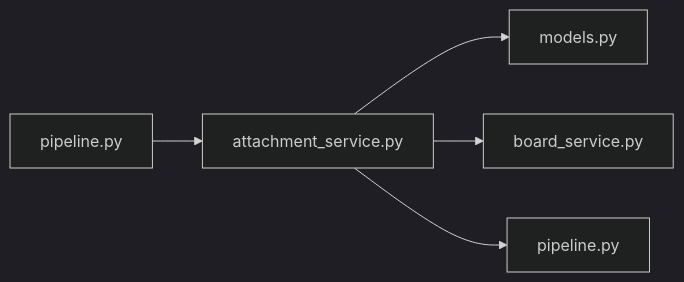
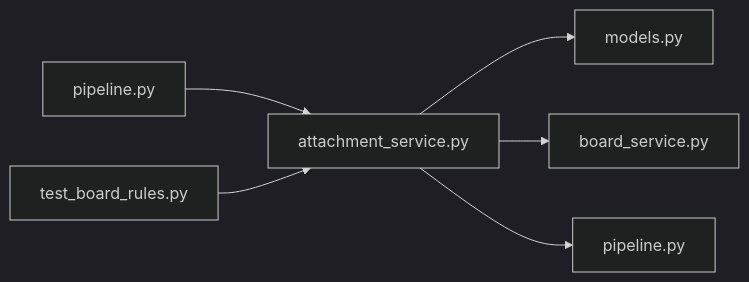
The diagram in .cluedoc/graph/backend/src/backend/services/board/attachment_service.md (minkong-dev/Banblit), drawn with Mermaid (dark theme) before and after one commit. The commit also changed other lines of this file and 33 other files, not shown here.

First line of the commit message:
backend: trim rationale from feature docstrings, fix stale comments and add service rule tests

````diff
--- a/.cluedoc/graph/backend/src/backend/services/board/attachment_service.md
+++ b/.cluedoc/graph/backend/src/backend/services/board/attachment_service.md
@@ -10,8 +10,9 @@
 ```mermaid
 flowchart LR
   backend_src_backend_services_board_attachment_service["attachment_service.py"]
   backend_src_backend_services_board_attachment_service --> backend_src_backend_db_models["models.py"]
   backend_src_backend_services_board_attachment_service --> backend_src_backend_services_board_board_service["board_service.py"]
   backend_src_backend_services_board_attachment_service --> backend_src_backend_services_storage_pipeline["pipeline.py"]
   backend_src_backend_services_board_pipeline["pipeline.py"] --> backend_src_backend_services_board_attachment_service
+  backend_tests_unit_test_board_rules["test_board_rules.py"] --> backend_src_backend_services_board_attachment_service
 ```
````
